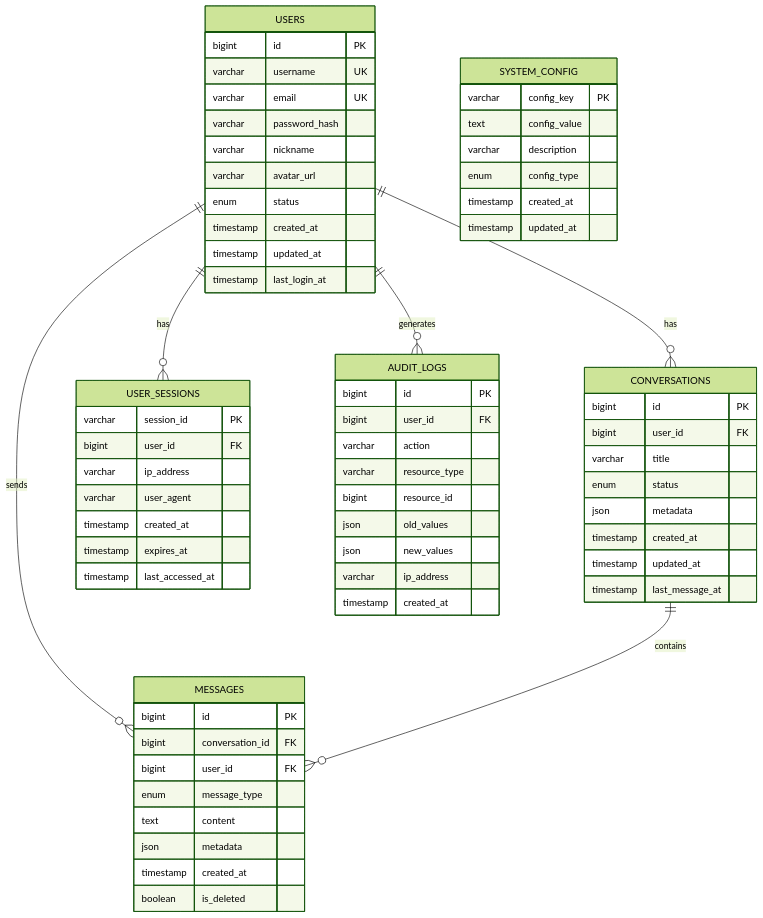
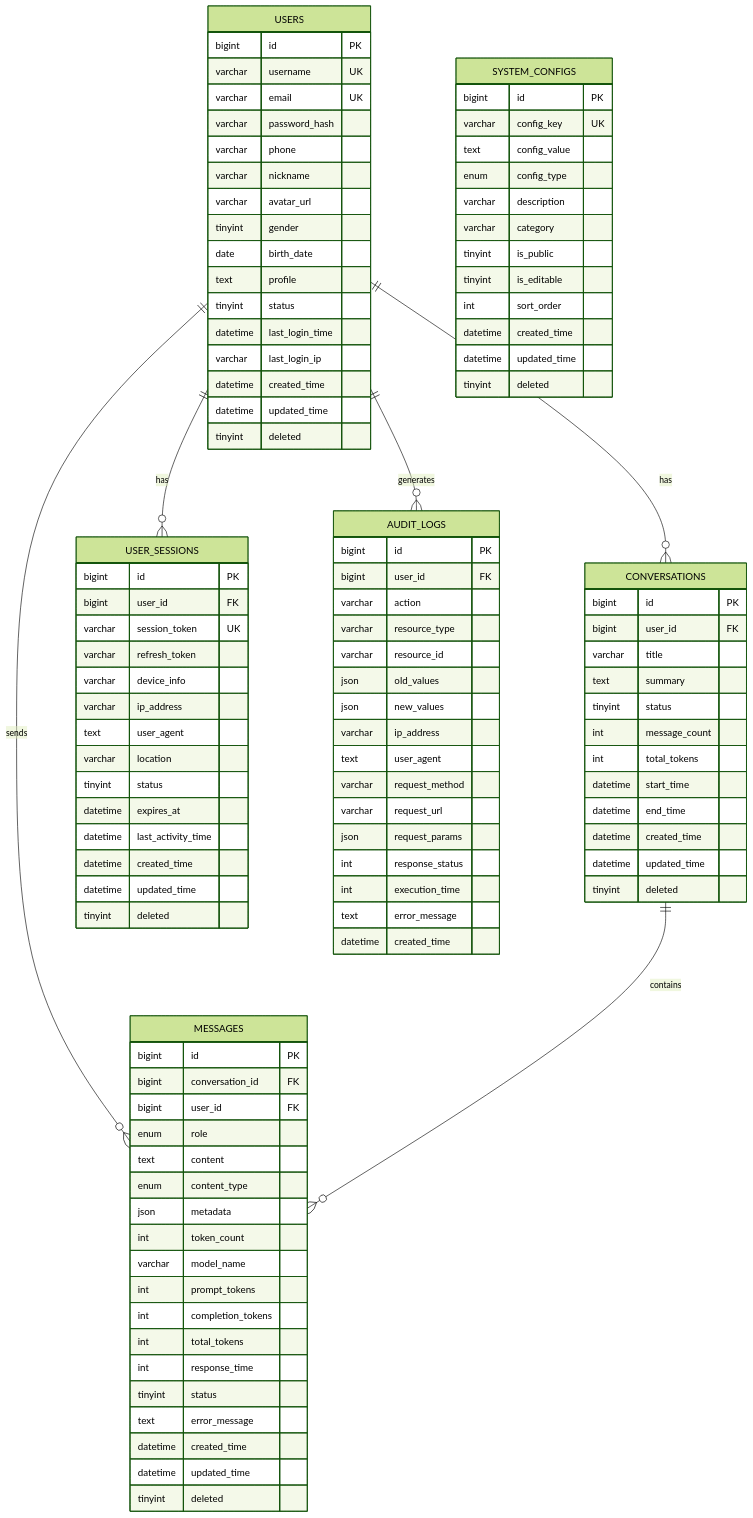
One commit to kloster346/xlhealth changed the diagram in docs/database-design.md. Above: the diagram before and after it, drawn with Mermaid (forest theme). The commit also changed other lines of this file and 34 other files, not shown here.

```diff
--- a/docs/database-design.md
+++ b/docs/database-design.md
@@ -41,53 +41,86 @@
         varchar username UK
         varchar email UK
         varchar password_hash
+        varchar phone
         varchar nickname
         varchar avatar_url
-        enum status
-        timestamp created_at
-        timestamp updated_at
-        timestamp last_login_at
+        tinyint gender
+        date birth_date
+        text profile
+        tinyint status
+        datetime last_login_time
+        varchar last_login_ip
+        datetime created_time
+        datetime updated_time
+        tinyint deleted
     }
 
     CONVERSATIONS {
         bigint id PK
         bigint user_id FK
         varchar title
-        enum status
-        json metadata
-        timestamp created_at
-        timestamp updated_at
-        timestamp last_message_at
+        text summary
+        tinyint status
+        int message_count
+        int total_tokens
+        datetime start_time
+        datetime end_time
+        datetime created_time
+        datetime updated_time
+        tinyint deleted
     }
 
     MESSAGES {
         bigint id PK
         bigint conversation_id FK
         bigint user_id FK
-        enum message_type
+        enum role
         text content
+        enum content_type
         json metadata
-        timestamp created_at
-        boolean is_deleted
+        int token_count
+        varchar model_name
+        int prompt_tokens
+        int completion_tokens
+        int total_tokens
+        int response_time
+        tinyint status
+        text error_message
+        datetime created_time
+        datetime updated_time
+        tinyint deleted
     }
 
     USER_SESSIONS {
-        varchar session_id PK
+        bigint id PK
         bigint user_id FK
+        varchar session_token UK
+        varchar refresh_token
+        varchar device_info
         varchar ip_address
-        varchar user_agent
-        timestamp created_at
-        timestamp expires_at
-        timestamp last_accessed_at
+        text user_agent
+        varchar location
+        tinyint status
+        datetime expires_at
+        datetime last_activity_time
+        datetime created_time
+        datetime updated_time
+        tinyint deleted
     }
 
-    SYSTEM_CONFIG {
-        varchar config_key PK
+    SYSTEM_CONFIGS {
+        bigint id PK
+        varchar config_key UK
         text config_value
+        enum config_type
         varchar description
-        enum config_type
-        timestamp created_at
-        timestamp updated_at
+        varchar category
+        tinyint is_public
+        tinyint is_editable
+        int sort_order
+        datetime created_time
+        datetime updated_time
+        tinyint deleted
     }
 
     AUDIT_LOGS {
@@ -95,11 +128,18 @@
         bigint user_id FK
         varchar action
         varchar resource_type
-        bigint resource_id
+        varchar resource_id
         json old_values
         json new_values
         varchar ip_address
-        timestamp created_at
+        text user_agent
+        varchar request_method
+        varchar request_url
+        json request_params
+        int response_status
+        int execution_time
+        text error_message
+        datetime created_time
     }
 
     USERS ||--o{ CONVERSATIONS : "has"
```
